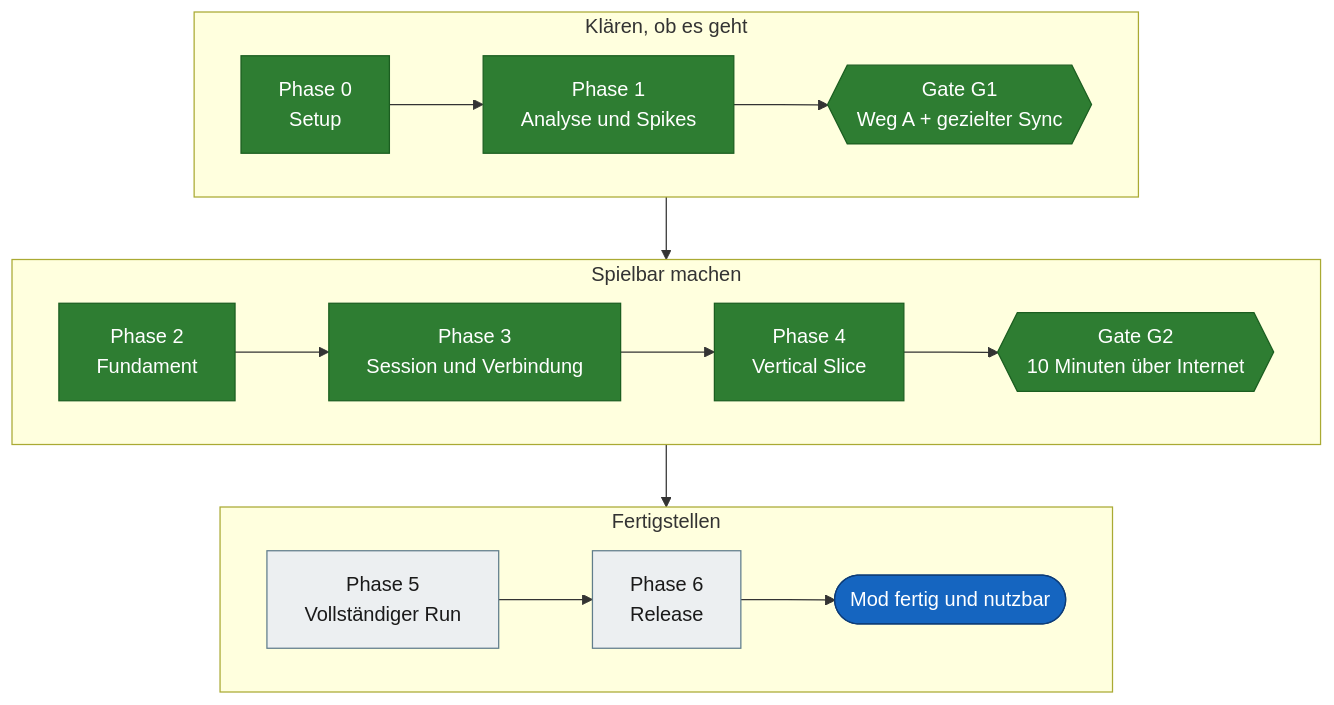
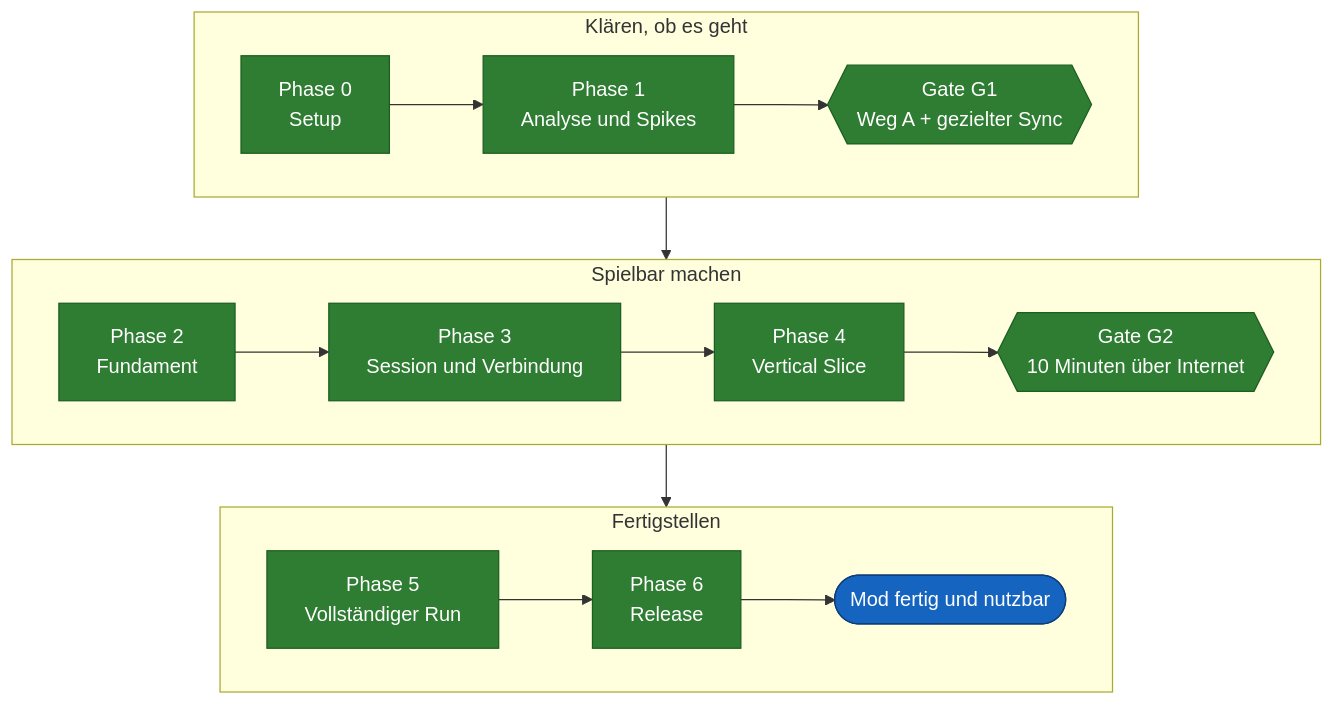
Before and after one commit to VitaminStack/Deadly-Days-Roadtrip-Multiplayer-Mod: the diagram in docs/ROADMAP.md, drawn with Mermaid. The commit also changed other lines of this file and 106 other files, not shown here.

````diff
--- a/docs/ROADMAP.md
+++ b/docs/ROADMAP.md
@@ -216,25 +11,25 @@
 ```mermaid
 flowchart TD
     subgraph A["Klären, ob es geht"]
         direction LR
         P0["Phase 0<br/>Setup"]:::done --> P1["Phase 1<br/>Analyse und Spikes"]:::done --> G1{{"Gate G1<br/>Weg A + gezielter Sync"}}:::done
     end
 
     subgraph B["Spielbar machen"]
         direction LR
         P2["Phase 2<br/>Fundament"]:::done --> P3["Phase 3<br/>Session und Verbindung"]:::done --> P4["Phase 4<br/>Vertical Slice"]:::done --> G2{{"Gate G2<br/>10 Minuten über Internet"}}:::done
     end
 
     subgraph C["Fertigstellen"]
         direction LR
-        P5["Phase 5<br/>Vollständiger Run"]:::open --> P6["Phase 6<br/>Release"]:::open --> Z(["Mod fertig und nutzbar"]):::goal
+        P5["Phase 5<br/>Vollständiger Run"]:::done --> P6["Phase 6<br/>Release"]:::done --> Z(["Mod fertig und nutzbar"]):::goal
     end
 
     A --> B --> C
 
     classDef done fill:#2e7d32,stroke:#1b5e20,color:#ffffff
     classDef wip fill:#f9a825,stroke:#b27a00,color:#1a1a1a
     classDef open fill:#eceff1,stroke:#607d8b,color:#1a1a1a
     classDef gate fill:#6a1b9a,stroke:#3e1163,color:#ffffff
     classDef goal fill:#1565c0,stroke:#0d3c78,color:#ffffff
 ```
````
